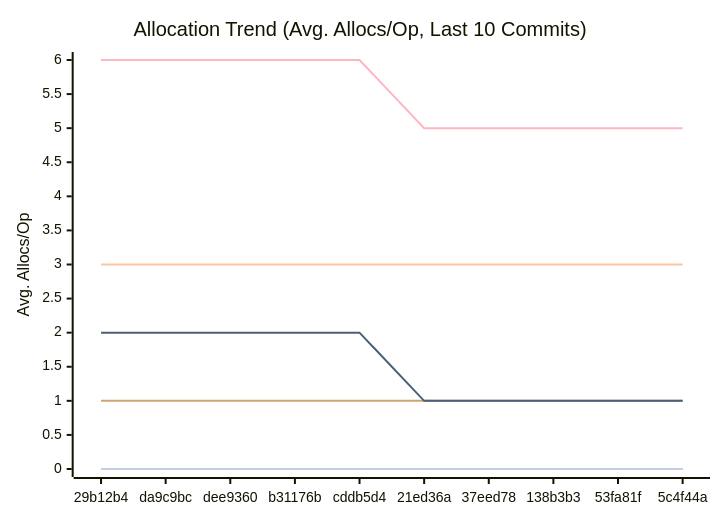
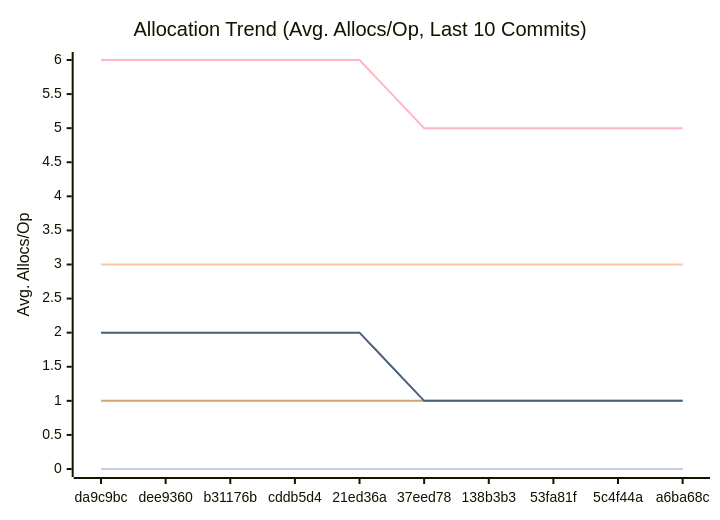
Before and after one commit to alsotoes/momo: the third of 3 diagrams in docs/PERFORMANCE.md, drawn with Mermaid. The commit also changed other lines of this file and 5 other files, not shown here.

````diff
--- a/docs/PERFORMANCE.md
+++ b/docs/PERFORMANCE.md
@@ -114,16 +114,16 @@
 ```mermaid
 xychart-beta
     title "Allocation Trend (Avg. Allocs/Op, Last 10 Commits)"
     x-axis "Commit"
     y-axis "Avg. Allocs/Op"
-    x-axis [29b12b4,da9c9bc,dee9360,b31176b,cddb5d4,21ed36a,37eed78,138b3b3,53fa81f,5c4f44a]
+    x-axis [da9c9bc,dee9360,b31176b,cddb5d4,21ed36a,37eed78,138b3b3,53fa81f,5c4f44a,a6ba68c]
     line "CheckMetricsAndSwap" [0,0,0,0,0,0,0,0,0,0]
     line "CrushOptimized" [0,0,0,0,0,0,0,0,0,0]
     line "CrushOriginal" [3,3,3,3,3,3,3,3,3,3]
     line "IndexDirectTracking" [0,0,0,0,0,0,0,0,0,0]
     line "IndexSearch" [0,0,0,0,0,0,0,0,0,0]
     line "LoadGlobalConfig" [1,1,1,1,1,1,1,1,1,1]
     line "PadString" [0,0,0,0,0,0,0,0,0,0]
     line "ParseReplicationOrder_NoPrealloc" [6,6,6,6,6,5,5,5,5,5]
     line "ParseReplicationOrder_Prealloc" [2,2,2,2,2,1,1,1,1,1]
 ```
````
